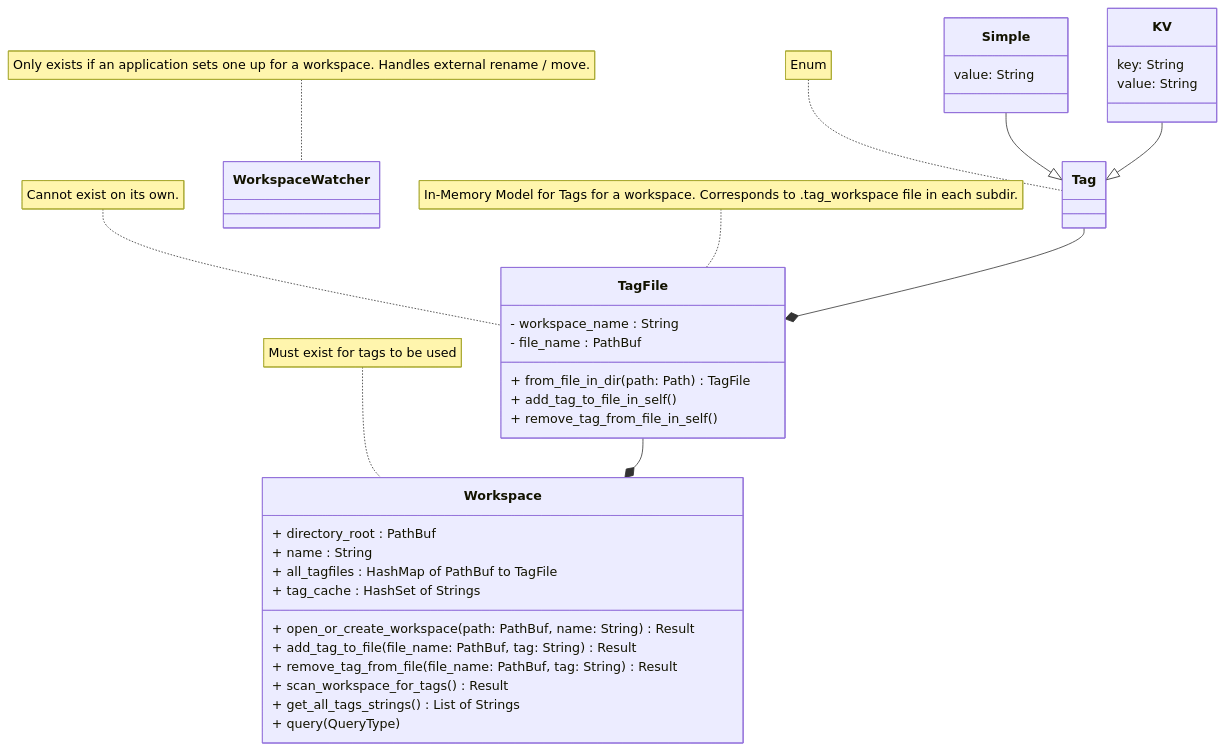
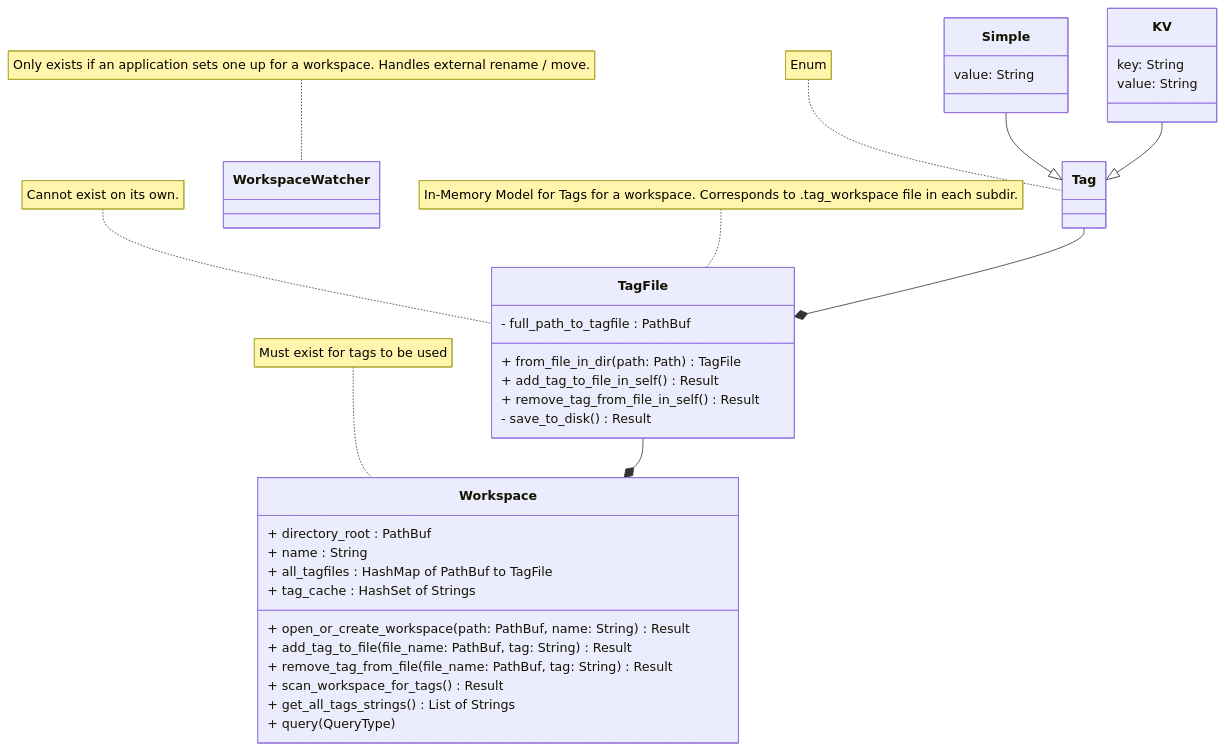
The diagram in doc/library_class_diagram.mmd (Nigel-Karunaratne/file-tagging), drawn with Mermaid before and after one commit. The commit also changed 4 other files, not shown here.

```diff
--- a/doc/library_class_diagram.mmd
+++ b/doc/library_class_diagram.mmd
@@ -1,50 +1,51 @@
 %% Mermaid Diagram for the tagcore rust library
 
 classDiagram
 direction TB
     note for Workspace "Must exist for tags to be used"
     class Workspace {
         + directory_root : PathBuf
         + name : String
 	    + all_tagfiles : HashMap of PathBuf to TagFile
 	    + tag_cache : HashSet of Strings
 	    
         + open_or_create_workspace(path: PathBuf, name: String) Result
         + add_tag_to_file(file_name: PathBuf, tag: String) Result
 	    + remove_tag_from_file(file_name: PathBuf, tag: String) Result
         + scan_workspace_for_tags() Result
         + get_all_tags_strings() List of Strings
 	    + query(QueryType)
     }
 
     note for TagFile "Cannot exist on its own."
     note for TagFile "In-Memory Model for Tags for a workspace. Corresponds to .tag_workspace file in each subdir."
     class TagFile {
-	    - workspace_name : String
-	    - file_name : PathBuf
+	    - full_path_to_tagfile : PathBuf
 
         + from_file_in_dir(path: Path) TagFile
 
-	    + add_tag_to_file_in_self()
-	    + remove_tag_from_file_in_self()
+	    + add_tag_to_file_in_self() Result
+	    + remove_tag_from_file_in_self() Result
+
+        - save_to_disk() Result
     }
 
     note for Tag "Enum"
     class Tag {
 
     }
     class Simple {value: String}
     class KV {
         key: String
         value: String
     }
 
     Simple --|> Tag
     KV --|> Tag
 
     note for WorkspaceWatcher "Only exists if an application sets one up for a workspace. Handles external rename / move."
     class WorkspaceWatcher {
     }
 
     TagFile --* Workspace
     Tag --* TagFile
```
